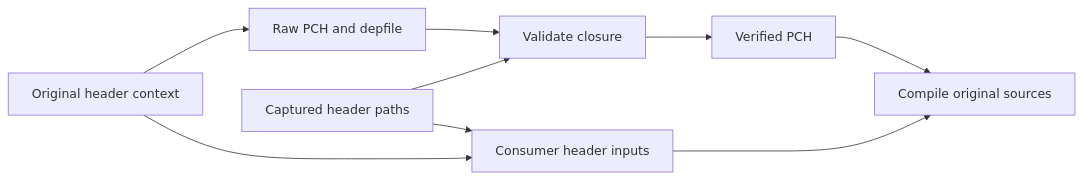
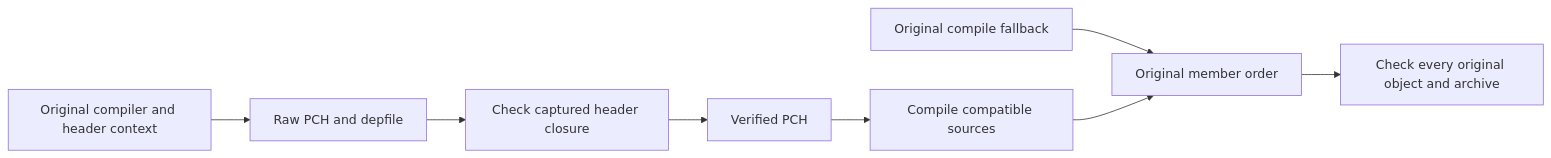
The diagram in build/project-pch.md (formatjs/chromium), drawn with Mermaid before and after one commit. The commit also changed other lines of this file and 5 other files, not shown here.

````diff
--- a/build/project-pch.md
+++ b/build/project-pch.md
@@ -17,11 +12,10 @@
 ```mermaid
 flowchart LR
-  Context[Original header context] --> Raw[Raw PCH and depfile]
-  Raw --> Check[Validate closure]
-  Paths[Captured header paths] --> Check
-  Context --> Inputs[Consumer header inputs]
-  Paths --> Inputs
-  Check --> PCH[Verified PCH]
-  PCH --> Compile[Compile original sources]
-  Inputs --> Compile
+  Context[Original compiler and header context] --> Raw[Raw PCH and depfile]
+  Raw --> Guard[Check captured header closure]
+  Guard --> PCH[Verified PCH]
+  PCH --> Compile[Compile compatible sources]
+  Plain[Original compile fallback] --> Archive[Original member order]
+  Compile --> Archive
+  Archive --> Bytes[Check every original object and archive]
 ```
````
